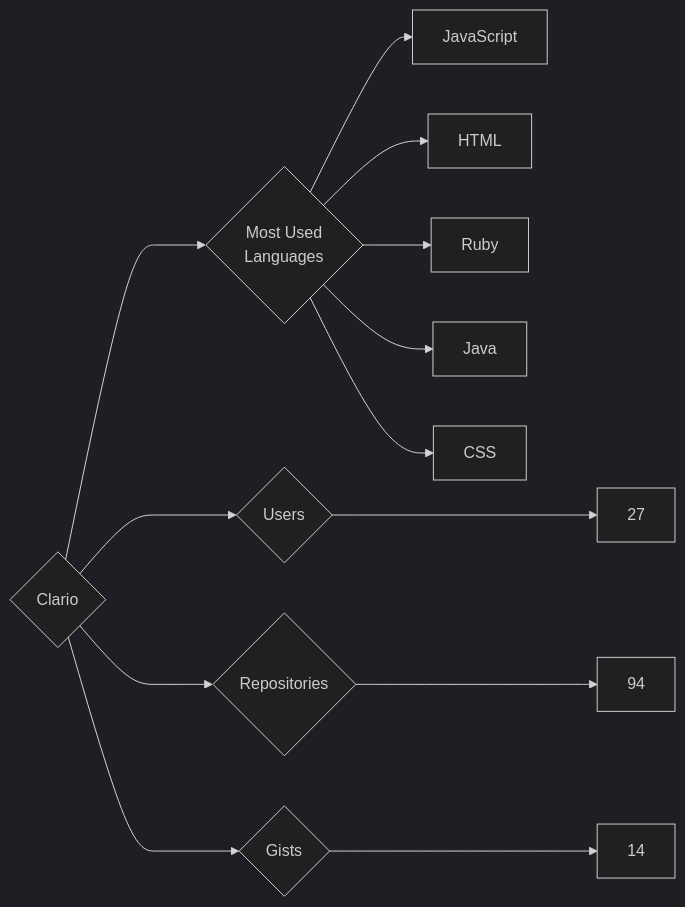
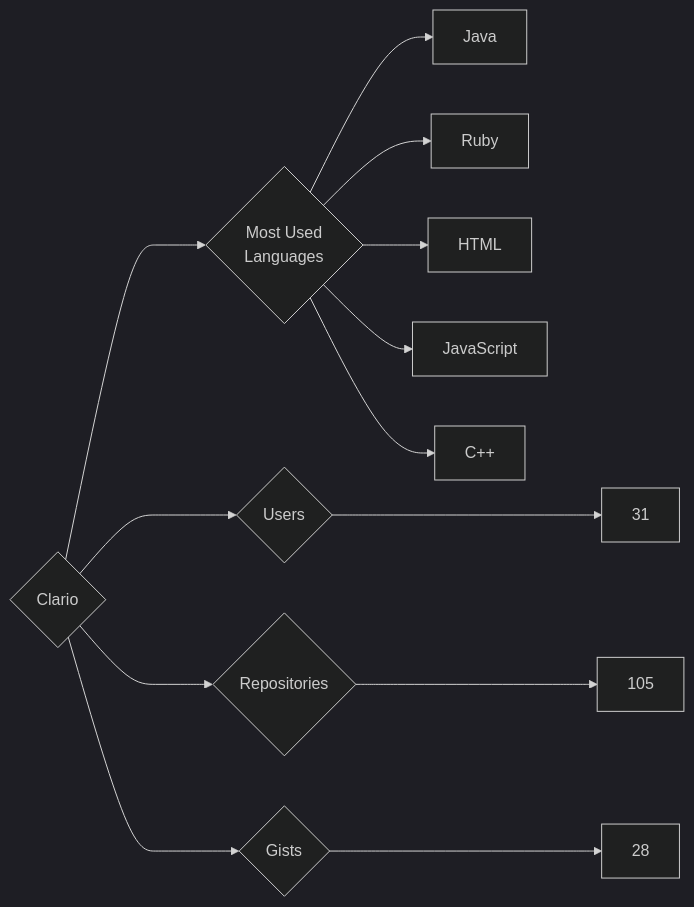
Before and after one commit to trickest/insiders: the diagram in targets/Clario/README.md, drawn with Mermaid (dark theme). The commit also changed 861 other files, not shown here.

````diff
--- a/targets/Clario/README.md
+++ b/targets/Clario/README.md
@@ -3,13 +3,13 @@
 ```mermaid
 graph LR
 COMPANY_NAME{Clario}
-COMPANY_NAME ---> U{Users} ---> UN[27]
-COMPANY_NAME ---> R{Repositories} ---> RN[94]
-COMPANY_NAME ---> G{Gists} ---> GN[14]
+COMPANY_NAME ---> U{Users} ---> UN[31]
+COMPANY_NAME ---> R{Repositories} ---> RN[105]
+COMPANY_NAME ---> G{Gists} ---> GN[28]
 COMPANY_NAME ---> ML{Most Used<br>Languages}
+ML --> Java[Java]
+ML --> Ruby[Ruby]
+ML --> HTML[HTML]
 ML --> JavaScript[JavaScript]
-ML --> HTML[HTML]
-ML --> Ruby[Ruby]
-ML --> Java[Java]
-ML --> CSS[CSS]
+ML --> C++[C++]
 ```
````
